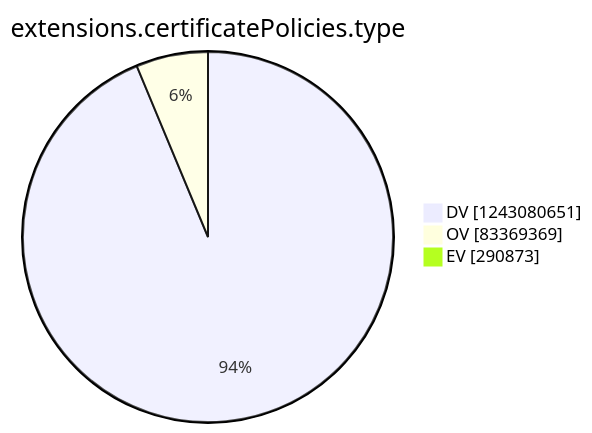
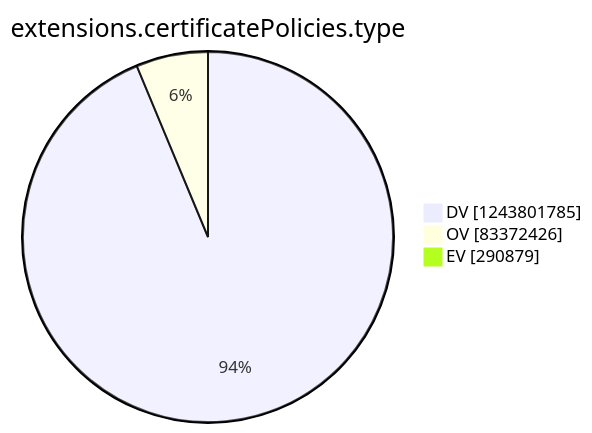
The tenth of 15 diagrams in argon2022/README.md (christiankrug/ctmonitor_visualization), drawn with Mermaid before and after one commit. The commit also changed other lines of this file, not shown here.

````diff
--- a/argon2022/README.md
+++ b/argon2022/README.md
@@ -2771,7 +2771,7 @@
 ```mermaid
 pie showData
 title extensions.certificatePolicies.type
-"DV" :1243080651
-"OV" :83369369
-"EV" :290873
+"DV" :1243801785
+"OV" :83372426
+"EV" :290879
 ```
````
